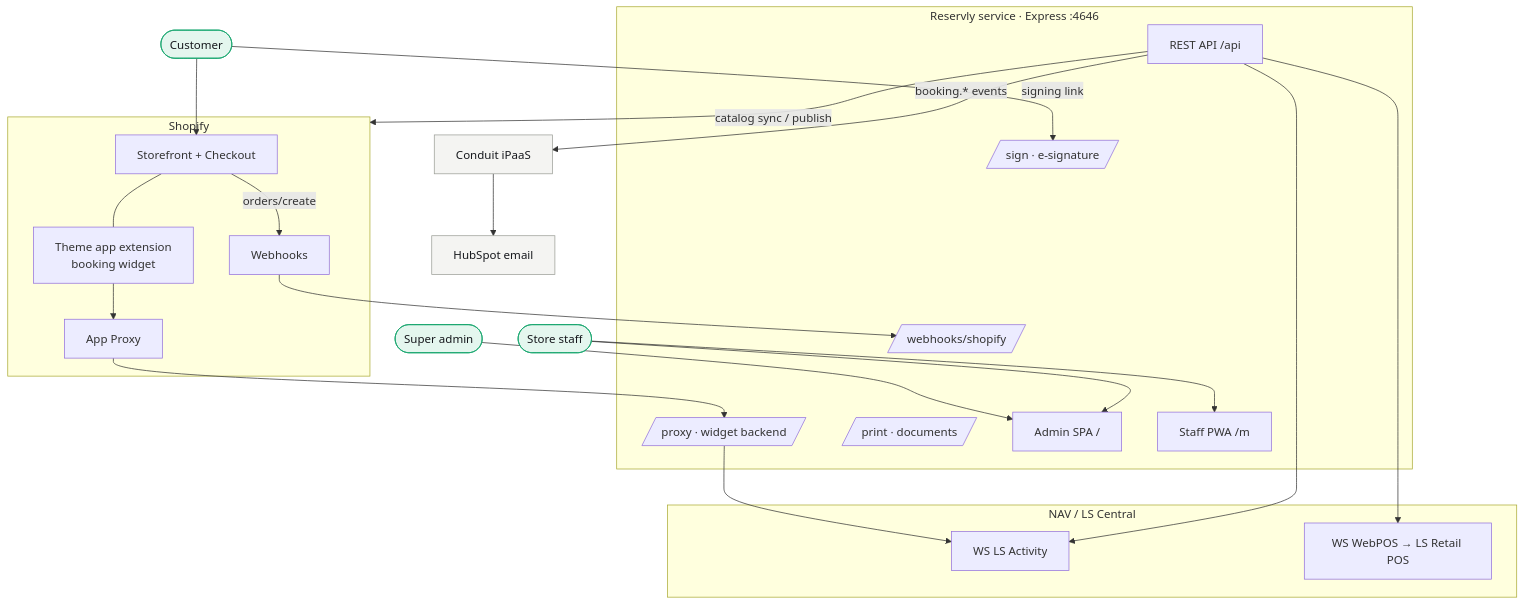
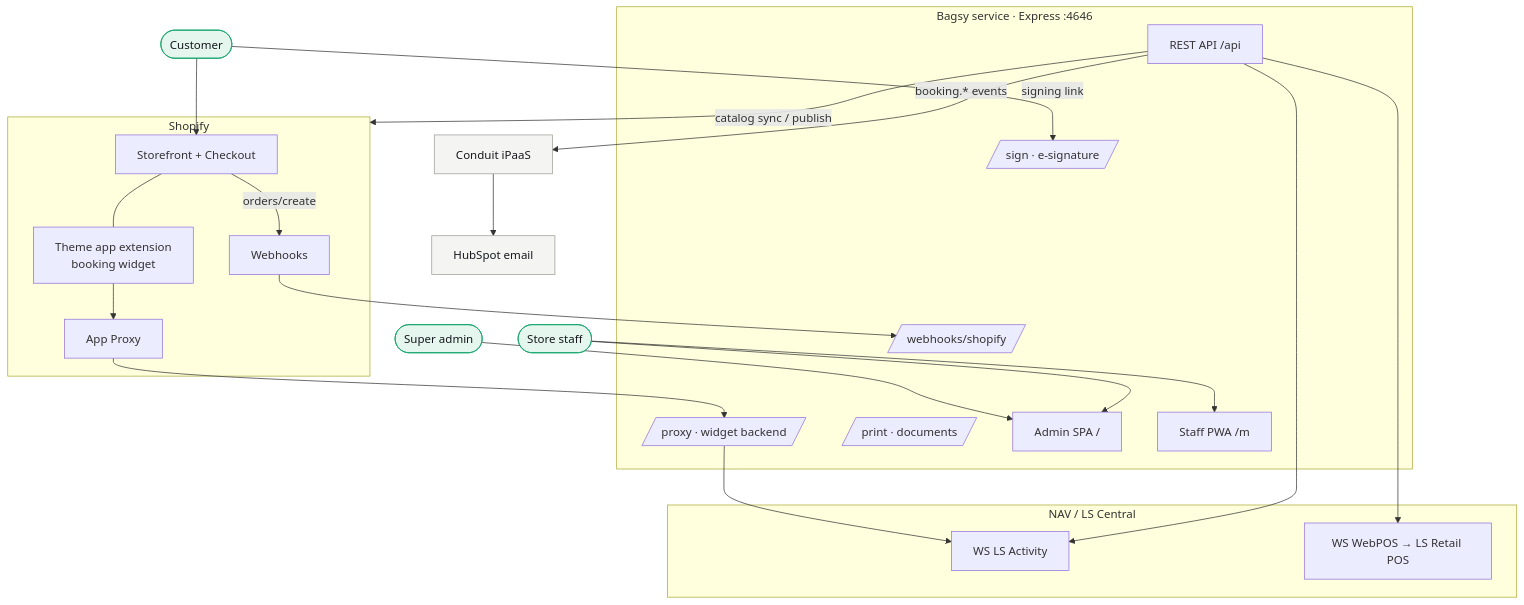
One commit to onyourx/Reservly changed the first of 8 diagrams in docs/ARCHITECTURE.md. Above: the diagram before and after it, drawn with Mermaid. The commit also changed other lines of this file and 25 other files, not shown here.

First line of the commit message:
feat(brand): rename Reservly to Bagsy across all surfaces

````diff
--- a/docs/ARCHITECTURE.md
+++ b/docs/ARCHITECTURE.md
@@ -15,48 +15,48 @@
 ```mermaid
 flowchart TB
   customer([Customer]):::actor
   staff([Store staff]):::actor
   admin([Super admin]):::actor
 
   subgraph shopify[Shopify]
     store[Storefront + Checkout]
     ext[Theme app extension<br/>booking widget]
     proxy[App Proxy]
     hooks[Webhooks]
   end
 
-  subgraph reservly[Reservly service · Express :4646]
+  subgraph bagsy[Bagsy service · Express :4646]
     api[REST API /api]
     pxy[/proxy · widget backend/]
     wh[/webhooks/shopify/]
     sign[/sign · e-signature/]
     print[/print · documents/]
     spa[Admin SPA /]
     m[Staff PWA /m]
   end
 
   subgraph nav[NAV / LS Central]
     lsact[WS LS Activity]
     webpos[WS WebPOS → LS Retail POS]
   end
 
   conduit[Conduit iPaaS]:::ext
   hubspot[HubSpot email]:::ext
 
   customer --> store
   store --- ext --> proxy --> pxy
   store -- orders/create --> hooks --> wh
   customer -- signing link --> sign
   staff --> spa
   staff --> m
   admin --> spa
 
   api --> lsact
   api --> webpos
   pxy --> lsact
   api -- catalog sync / publish --> shopify
   api -- booking.* events --> conduit --> hubspot
 
   classDef actor fill:#E4F6EE,stroke:#12A46B,color:#16181D;
   classDef ext fill:#f4f4f2,stroke:#9A9D96,color:#16181D;
 ```
````
